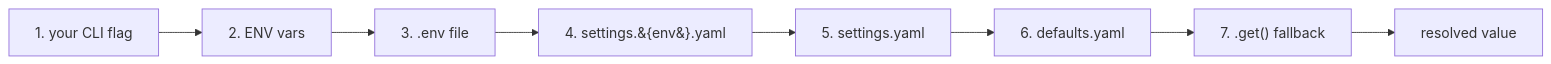
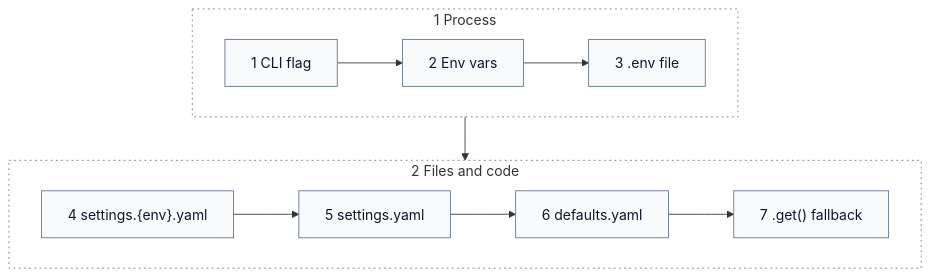
The diagram in docs/core-pillars/config.md (hyperi-io/scalo-py), drawn with Mermaid before and after one commit. The commit also changed other lines of this file and 38 other files, not shown here.

First line of the commit message:
docs(scalo-py): fix 14 claims and redraw the diagrams

````diff
--- a/docs/core-pillars/config.md
+++ b/docs/core-pillars/config.md
@@ -164,10 +21,19 @@
 ```mermaid
-flowchart LR
-    Flag["1. your CLI flag"] --> Env["2. ENV vars"]
-    Env --> Dotenv["3. .env file"]
-    Dotenv --> EnvYaml["4. settings.&#123;env&#125;.yaml"]
-    EnvYaml --> BaseYaml["5. settings.yaml"]
-    BaseYaml --> Defaults["6. defaults.yaml"]
-    Defaults --> Code["7. .get() fallback"]
-    Code --> Value["resolved value"]
+flowchart TB
+    accTitle: L4 Detail -- Config cascade
+    accDescr: A key is looked up in your CLI flag, then env vars, then the .env file, then settings.env.yaml, settings.yaml and defaults.yaml, and last the fallback passed to get. The first layer that sets the key wins.
+
+    subgraph s1["1 Process"]
+        direction LR
+        flag["1 CLI flag"] --> env["2 Env vars"] --> dotenv["3 .env file"]
+    end
+    subgraph s2["2 Files and code"]
+        direction LR
+        envyaml["4 settings.{env}.yaml"] --> baseyaml["5 settings.yaml"] --> defaults["6 defaults.yaml"] --> code["7 .get() fallback"]
+    end
+    s1 --> s2
+
+    classDef default fill:#F8FAFC,stroke:#64748B,stroke-width:1px,color:#0F172A
+    classDef group fill:none,stroke:#64748B,stroke-width:1px,stroke-dasharray:2 4
+    class s1,s2 group
 ```
````
